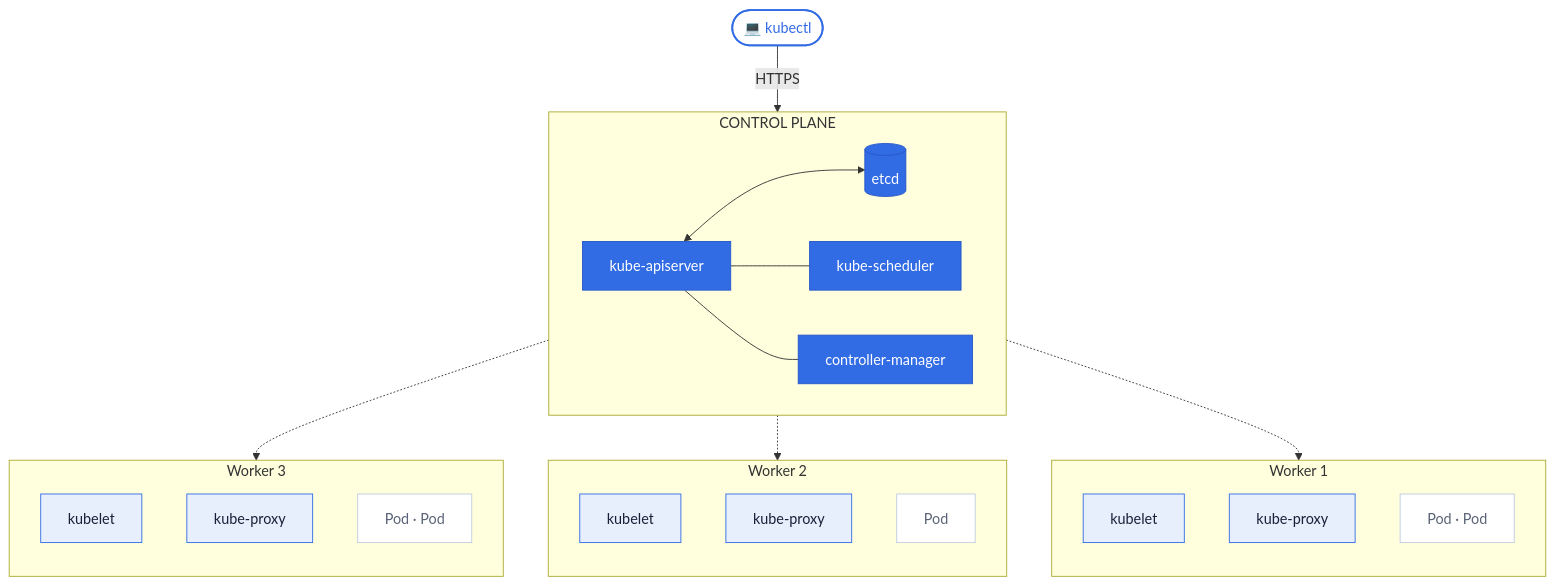
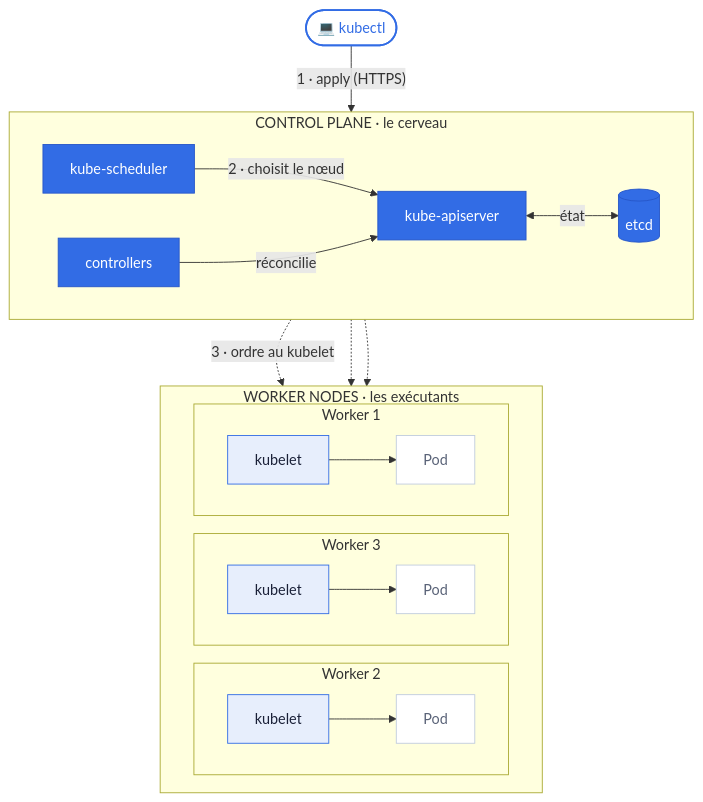
The second of 13 diagrams in slides.md (MHChlagou/k8s-course), drawn with Mermaid before and after one commit.

Commit message:
feat: update k8s architecture graph

````diff
--- a/slides.md
+++ b/slides.md
@@ -221,46 +223,38 @@
-```mermaid {scale: 0.72}
+```mermaid {scale: 0.6}
 flowchart TB
     kubectl(["💻 kubectl"]):::client
 
-    subgraph CP["CONTROL PLANE"]
+    subgraph CP["CONTROL PLANE · le cerveau"]
         direction LR
+        sched["kube-scheduler"]:::primary
         api["kube-apiserver"]:::primary
+        ctrl["controllers"]:::primary
         etcd[("etcd")]:::primary
-        sched["kube-scheduler"]:::primary
-        ctrl["controller-manager"]:::primary
     end
 
-    subgraph W1["Worker 1"]
-        direction TB
-        k1["kubelet"]:::worker
-        p1["kube-proxy"]:::worker
-        po1["Pod · Pod"]:::pod
+    subgraph WK["WORKER NODES · les exécutants"]
+        direction LR
+        subgraph W3["Worker 3"]
+            k3["kubelet"]:::worker --> po3["Pod"]:::pod
+        end
+        subgraph W2["Worker 2"]
+            k2["kubelet"]:::worker --> po2["Pod"]:::pod
+        end
+        subgraph W1["Worker 1"]
+            k1["kubelet"]:::worker --> po1["Pod"]:::pod
+        end
     end
 
-    subgraph W2["Worker 2"]
-        direction TB
-        k2["kubelet"]:::worker
-        p2["kube-proxy"]:::worker
-        po2["Pod"]:::pod
-    end
-
-    subgraph W3["Worker 3"]
-        direction TB
-        k3["kubelet"]:::worker
-        p3["kube-proxy"]:::worker
-        po3["Pod · Pod"]:::pod
-    end
-
-    kubectl -->|HTTPS| api
-    api <--> etcd
-    api --- sched
-    api --- ctrl
+    kubectl -->|"1 · apply (HTTPS)"| api
+    sched -->|"2 · choisit le nœud"| api
+    ctrl -->|réconcilie| api
+    api <-->|"état"| etcd
+    api -.->|"3 · ordre au kubelet"| k2
     api -.-> k1
-    api -.-> k2
     api -.-> k3
 
     classDef client fill:#ffffff,stroke:#326ce5,stroke-width:2px,color:#326ce5
     classDef primary fill:#326ce5,stroke:#2656c8,color:#ffffff,stroke-width:1px
     classDef worker fill:#e7eefc,stroke:#326ce5,color:#1a2038
     classDef pod fill:#ffffff,stroke:#c0ccde,color:#5a6378
 ```
````
